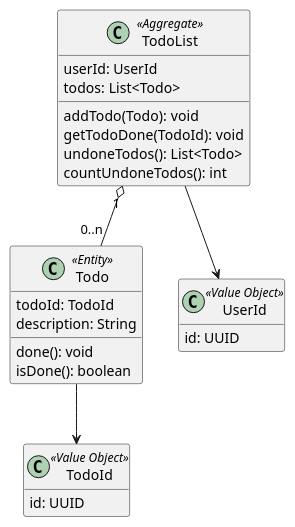
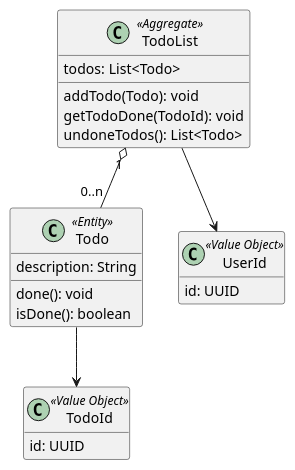
The second of 2 diagrams in docs/uml/uml.md (sneufeind/hexagonal-architecture-example-java), drawn with PlantUML before and after one commit. The commit also changed 2 other files, not shown here.

Commit message:
docs: change domain object uml

````diff
--- a/docs/uml/uml.md
+++ b/docs/uml/uml.md
@@ -22,33 +22,30 @@
 ```plantuml
 @startuml domain-objects
 
 class Todo <<Entity>> {
-    todoId: TodoId
     description: String
     done(): void
     isDone(): boolean
 }
 class TodoId <<Value Object>> {
     id: UUID
 }
 class TodoList  <<Aggregate>> {
-    userId: UserId
     todos: List<Todo>
     addTodo(Todo): void
     getTodoDone(TodoId): void
     undoneTodos(): List<Todo>
-    countUndoneTodos(): int
 }
 class UserId <<Value Object>> {
     id: UUID
 }
 
 Todo --> TodoId
 TodoList "1" o-- "0..n" Todo
 TodoList --> UserId
 
 hide TodoId methods
 hide UserId methods
 
 @enduml
 ```
````
